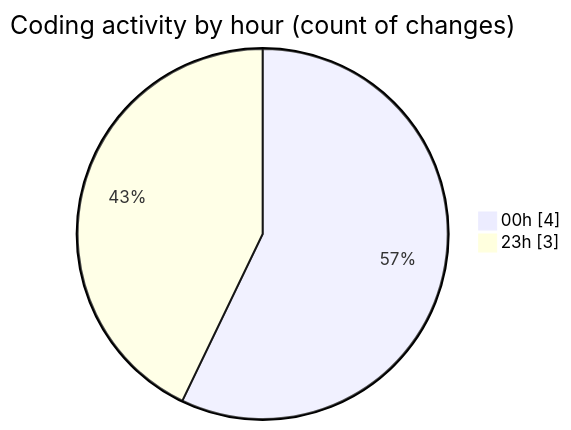
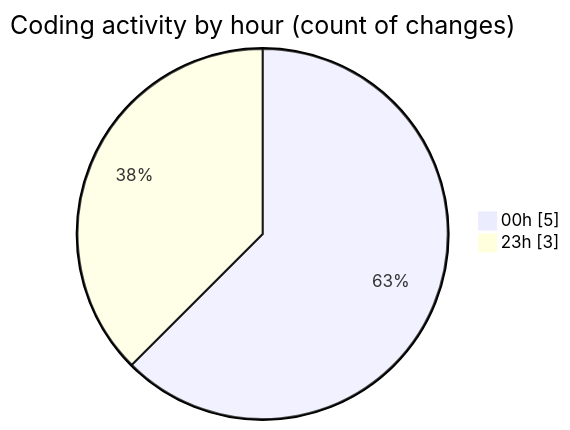
The second of 2 diagrams in 2025-02-17/uber_clone/README.md (donsfak/code-tracking), drawn with Mermaid before and after one commit. The commit also changed other lines of this file and 1 other file, not shown here.

````diff
--- a/2025-02-17/uber_clone/README.md
+++ b/2025-02-17/uber_clone/README.md
@@ -29,6 +29,6 @@
 ```mermaid
 pie showData
 title Coding activity by hour (count of changes)
-"00h" : 4
+"00h" : 5
 "23h" : 3
 ```
````
